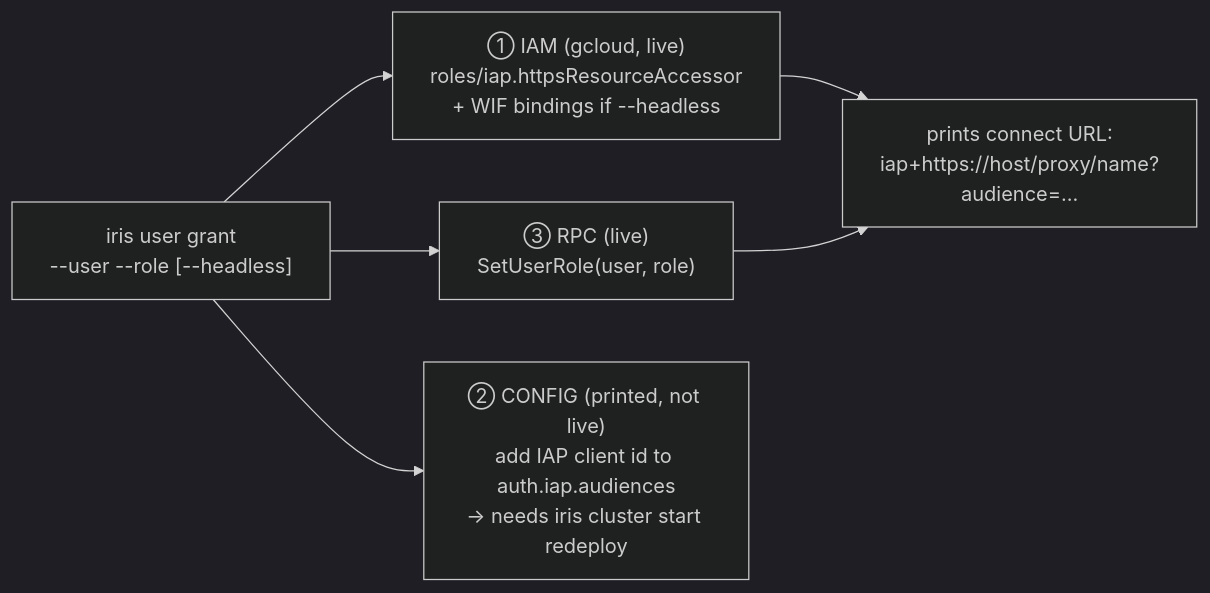
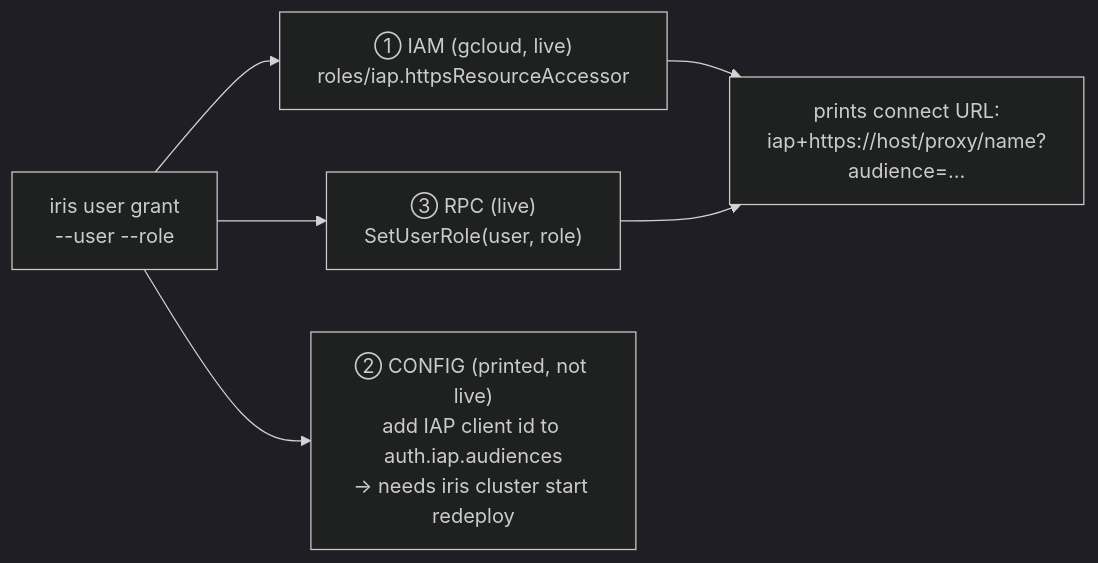
The second of 2 diagrams in .agents/projects/unified_server_auth/onboarding.md (marin-community/marin), drawn with Mermaid (dark theme) before and after one commit. The commit also changed other lines of this file and 2 other files, not shown here.

First line of the commit message:
Scope phase-1 headless auth to SA credentials; WIF becomes fast-follow

````diff
--- a/.agents/projects/unified_server_auth/onboarding.md
+++ b/.agents/projects/unified_server_auth/onboarding.md
@@ -66,8 +75,8 @@
 ```mermaid
 graph LR
-    G["iris user grant<br/>--user --role [--headless]"] --> P1["① IAM (gcloud, live)<br/>roles/iap.httpsResourceAccessor<br/>+ WIF bindings if --headless"]
+    G["iris user grant<br/>--user --role"] --> P1["① IAM (gcloud, live)<br/>roles/iap.httpsResourceAccessor"]
     G --> P3["③ RPC (live)<br/>SetUserRole(user, role)"]
     G --> P2["② CONFIG (printed, not live)<br/>add IAP client id to auth.iap.audiences<br/>→ needs iris cluster start redeploy"]
     P1 --> URL["prints connect URL:<br/>iap+https://host/proxy/name?audience=…"]
     P3 --> URL
 ```
````
